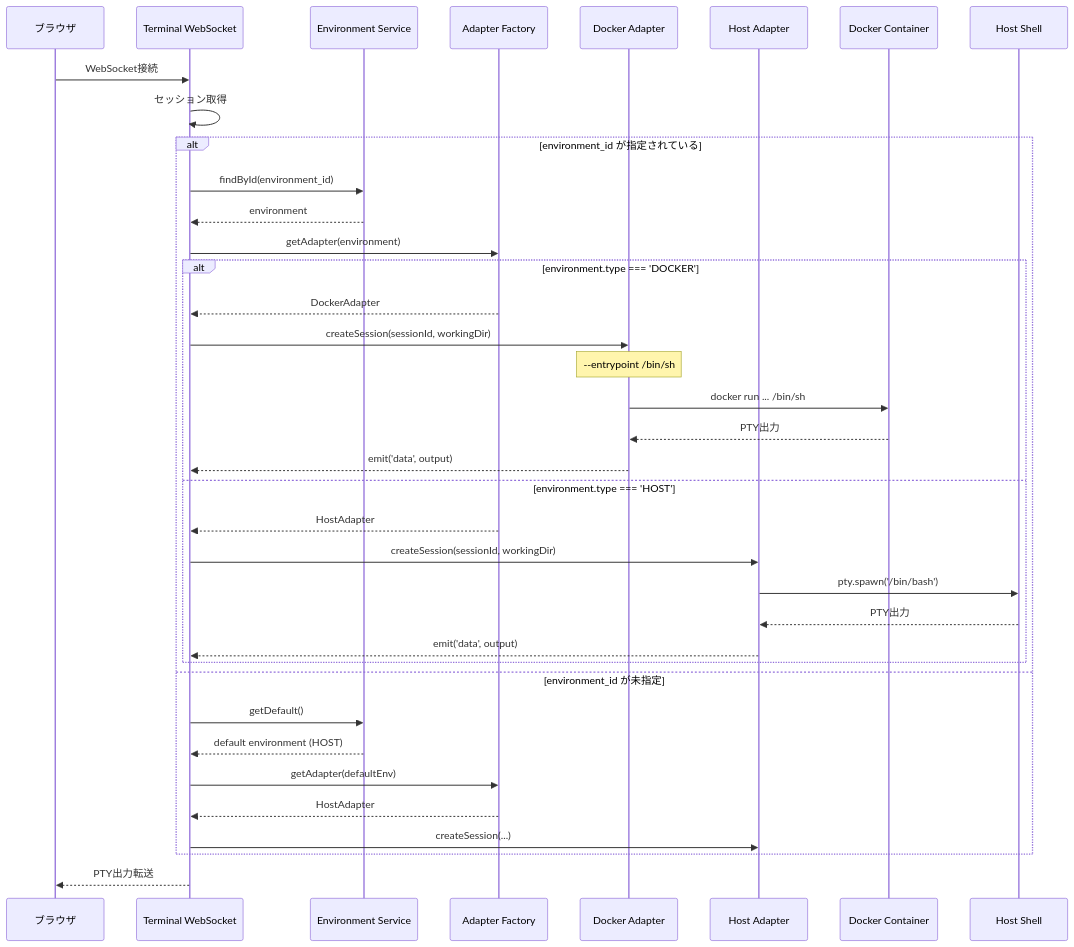
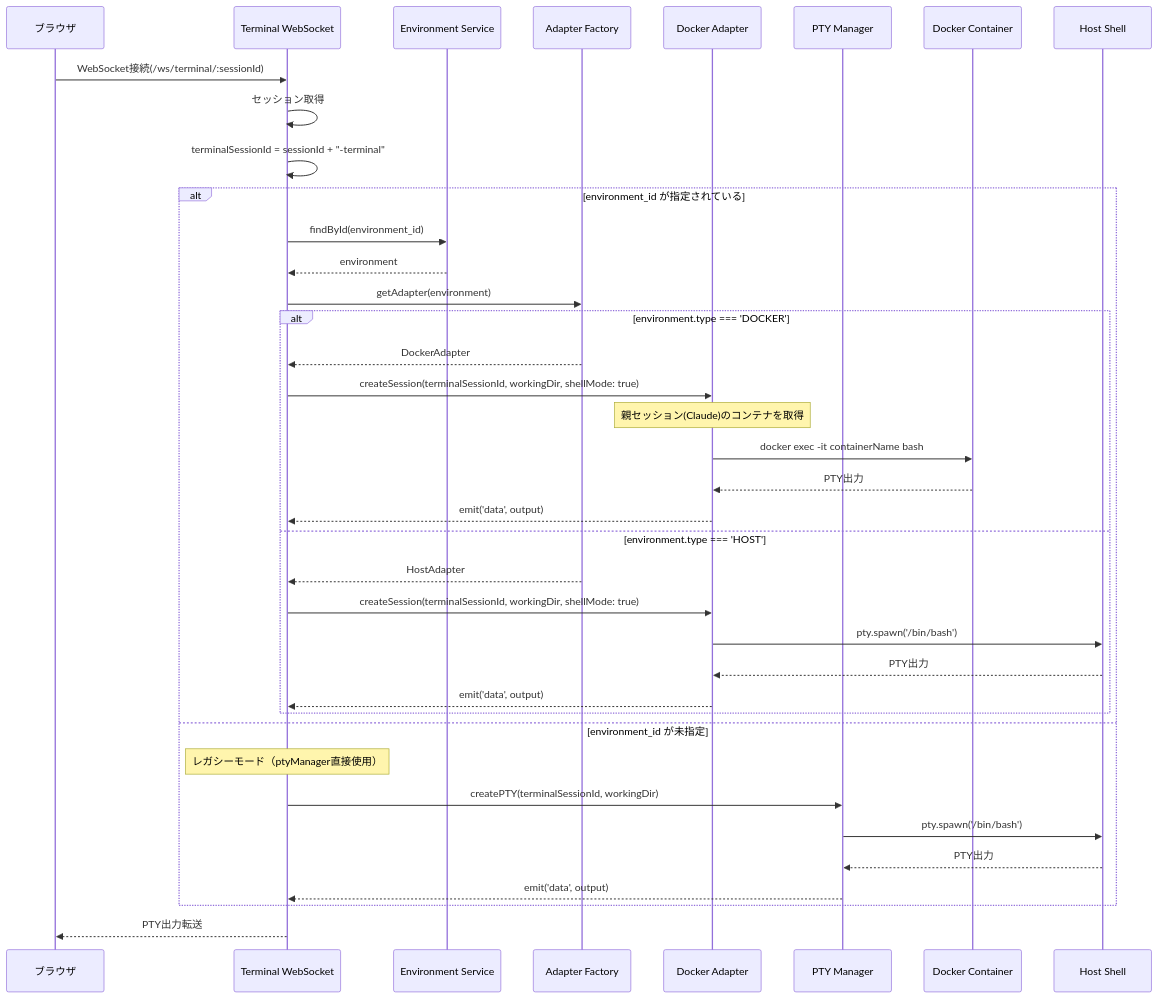
The second of 22 diagrams in docs/design.md (windschord/claude-work), drawn with Mermaid before and after one commit. The commit also changed 2 other files, not shown here.

Commit message:
fix: CodeRabbitレビュー指摘を修正
- terminal-ws.ts: adapter.createSessionにawaitを追加
- design.md: シーケンス図をdocker execベースの実装に更新
- terminal-ws.test.ts: Terminal WebSocketの追加テストを実装
  - terminalSessionId生成テスト
  - shellModeオプション検証テスト
  - レガシーptyManagerモードテスト
  - クリーンアップテスト

````diff
--- a/docs/design.md
+++ b/docs/design.md
@@ -484,43 +484,44 @@
 ```mermaid
 sequenceDiagram
     participant Client as ブラウザ
     participant TWS as Terminal WebSocket
     participant ES as Environment Service
     participant AF as Adapter Factory
     participant DA as Docker Adapter
-    participant HA as Host Adapter
+    participant PM as PTY Manager
     participant Docker as Docker Container
     participant Host as Host Shell
 
-    Client->>TWS: WebSocket接続
+    Client->>TWS: WebSocket接続(/ws/terminal/:sessionId)
     TWS->>TWS: セッション取得
+    TWS->>TWS: terminalSessionId = sessionId + "-terminal"
 
     alt environment_id が指定されている
         TWS->>ES: findById(environment_id)
         ES-->>TWS: environment
         TWS->>AF: getAdapter(environment)
 
         alt environment.type === 'DOCKER'
             AF-->>TWS: DockerAdapter
-            TWS->>DA: createSession(sessionId, workingDir)
-            Note over DA: --entrypoint /bin/sh
-            DA->>Docker: docker run ... /bin/sh
+            TWS->>DA: createSession(terminalSessionId, workingDir, shellMode: true)
+            Note over DA: 親セッション(Claude)のコンテナを取得
+            DA->>Docker: docker exec -it containerName bash
             Docker-->>DA: PTY出力
             DA-->>TWS: emit('data', output)
         else environment.type === 'HOST'
             AF-->>TWS: HostAdapter
-            TWS->>HA: createSession(sessionId, workingDir)
-            HA->>Host: pty.spawn('/bin/bash')
-            Host-->>HA: PTY出力
-            HA-->>TWS: emit('data', output)
+            TWS->>DA: createSession(terminalSessionId, workingDir, shellMode: true)
+            DA->>Host: pty.spawn('/bin/bash')
+            Host-->>DA: PTY出力
+            DA-->>TWS: emit('data', output)
         end
     else environment_id が未指定
-        TWS->>ES: getDefault()
-        ES-->>TWS: default environment (HOST)
-        TWS->>AF: getAdapter(defaultEnv)
-        AF-->>TWS: HostAdapter
-        TWS->>HA: createSession(...)
+        Note over TWS: レガシーモード（ptyManager直接使用）
+        TWS->>PM: createPTY(terminalSessionId, workingDir)
+        PM->>Host: pty.spawn('/bin/bash')
+        Host-->>PM: PTY出力
+        PM-->>TWS: emit('data', output)
     end
 
     TWS-->>Client: PTY出力転送
 ```
````
